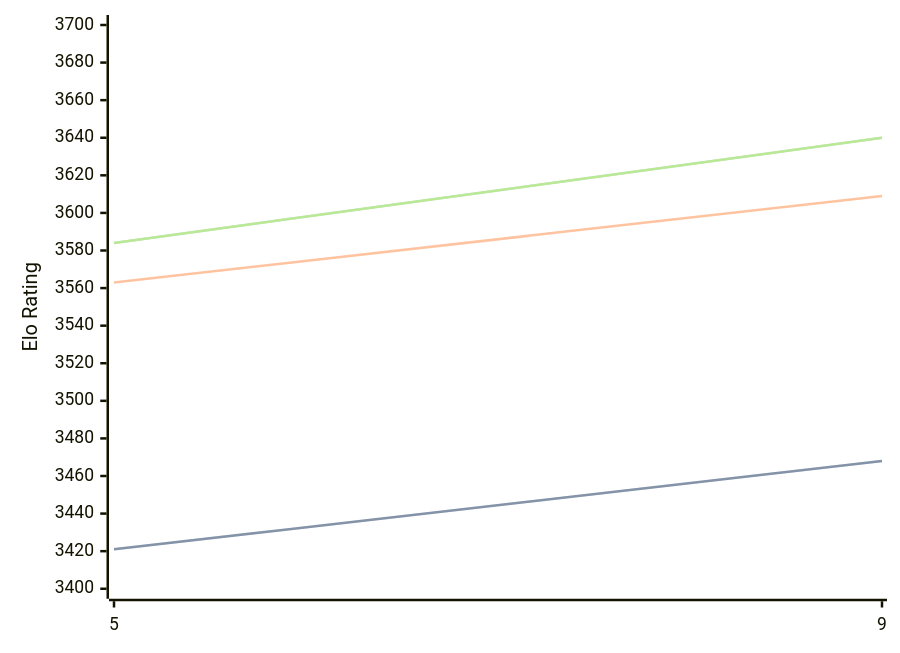
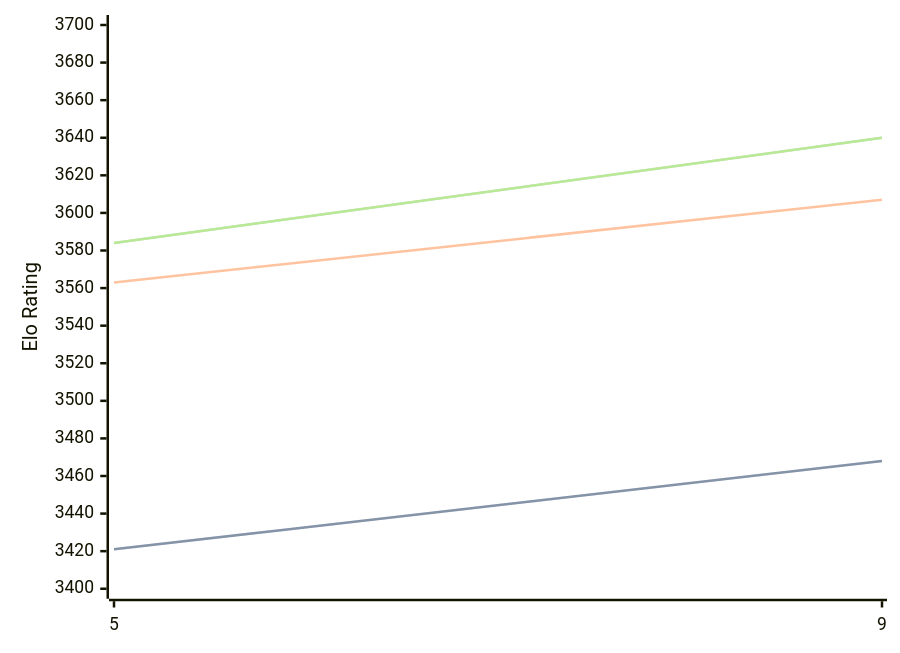
The diagram in engines/Crystal.md (computer-chess-index/cci), drawn with Mermaid before and after one commit. The commit also changed other lines of this file, not shown here.

````diff
--- a/engines/Crystal.md
+++ b/engines/Crystal.md
@@ -58,11 +58,11 @@
 ```mermaid
 %%{init: {"theme":"base","themeVariables":{"seriesColors:['#a3a3a3','#222221','#faa371']}}}%%
 xychart-beta
   x-axis ["5", "9"]
   y-axis "Elo Rating" 3400 --> 3700
   line "STC (8.0+0.08s)" [3421, 3468]
   line "STC (8.0+0.08s)" [3421, 3468]
-  line "LTC (60.0+0.60s)" [3563, 3609]
+  line "LTC (60.0+0.60s)" [3563, 3607]
   line "VLTC (2m24s+1.12s)" [3584, 3640]
   line "VLTC (2m24s+1.12s)" [3584, 3640]
 ```
````
